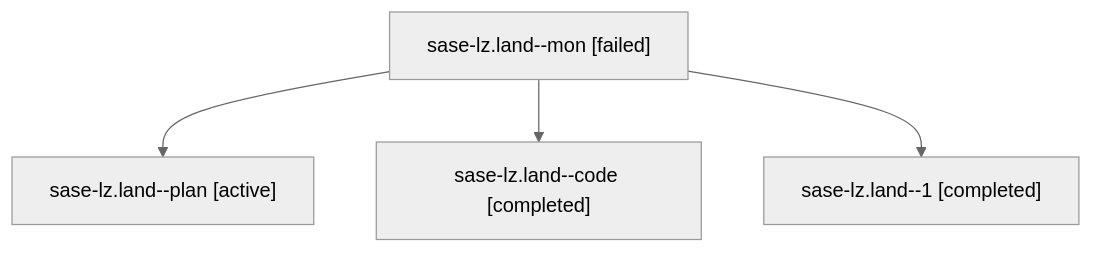
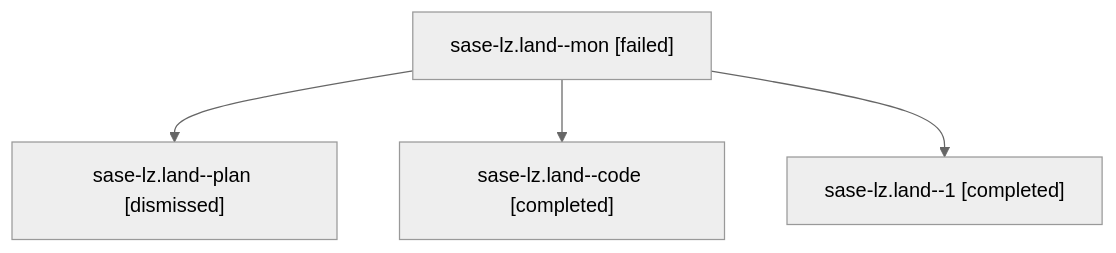
One commit to sase-org/sase--agents changed the diagram in sessions/bbugyi200.athena.sase-lz.land.md. Above: the diagram before and after it, drawn with Mermaid (neutral theme). The commit also changed other lines of this file and 187 other files, not shown here.

````diff
--- a/sessions/bbugyi200.athena.sase-lz.land.md
+++ b/sessions/bbugyi200.athena.sase-lz.land.md
@@ -9,10 +9,10 @@
 ```mermaid
 flowchart TD
   n0["sase-lz.land--mon [failed]"]
-  n1["sase-lz.land--plan [active]"]
+  n1["sase-lz.land--plan [dismissed]"]
   n0 --> n1
   n2["sase-lz.land--code [completed]"]
   n0 --> n2
   n3["sase-lz.land--1 [completed]"]
   n0 --> n3
 ```
````
